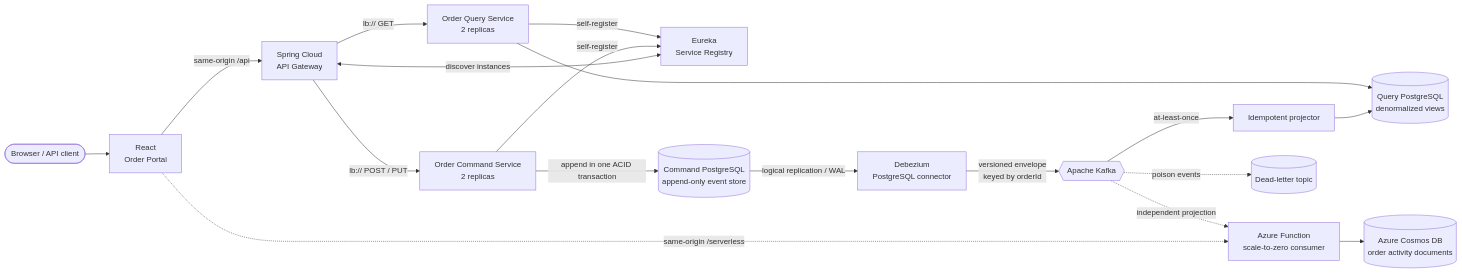
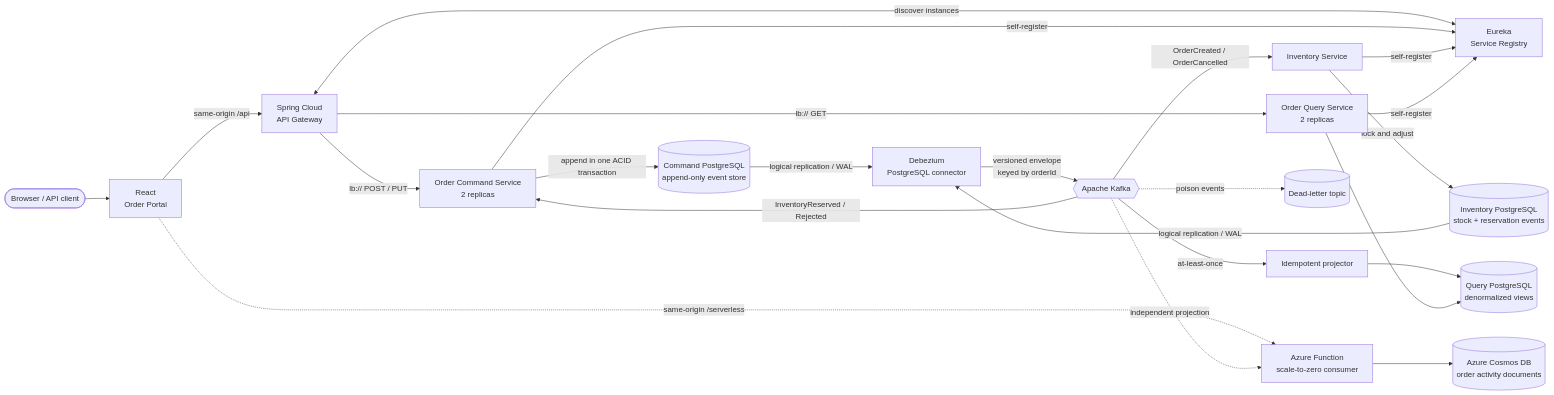
One commit to karacsonybarni/event-sourced-cqrs-microservices changed the diagram in README.md. Above: the diagram before and after it, drawn with Mermaid. The commit also changed other lines of this file and 78 other files, not shown here.

````diff
--- a/README.md
+++ b/README.md
@@ -16,22 +16,27 @@
 ```mermaid
 flowchart LR
     Client([Browser / API client]) --> Frontend[React<br/>Order Portal]
     Frontend -->|same-origin /api| Gateway[Spring Cloud<br/>API Gateway]
     Frontend -. same-origin /serverless .-> ActivityFunction
     Registry[Eureka<br/>Service Registry]
     Gateway <-->|discover instances| Registry
     Command[Order Command Service<br/>2 replicas] -->|self-register| Registry
+    Inventory[Inventory Service] -->|self-register| Registry
     Query[Order Query Service<br/>2 replicas] -->|self-register| Registry
     Gateway -->|lb:// POST / PUT| Command
     Gateway -->|lb:// GET| Query
 
     Command -->|append in one ACID transaction| EventStore[(Command PostgreSQL<br/>append-only event store)]
     EventStore -->|logical replication / WAL| Debezium[Debezium<br/>PostgreSQL connector]
     Debezium -->|versioned envelope<br/>keyed by orderId| Kafka{{Apache Kafka}}
+    Kafka -->|OrderCreated / OrderCancelled| Inventory
+    Inventory -->|lock and adjust| InventoryDB[(Inventory PostgreSQL<br/>stock + reservation events)]
+    InventoryDB -->|logical replication / WAL| Debezium
+    Kafka -->|InventoryReserved / Rejected| Command
     Kafka -->|at-least-once| Projector[Idempotent projector]
     Projector --> QueryDB[(Query PostgreSQL<br/>denormalized views)]
     Query --> QueryDB
     Kafka -. independent projection .-> ActivityFunction[Azure Function<br/>scale-to-zero consumer]
     ActivityFunction --> ActivityDB[(Azure Cosmos DB<br/>order activity documents)]
     Kafka -. poison events .-> DLT[(Dead-letter topic)]
 ```
````
